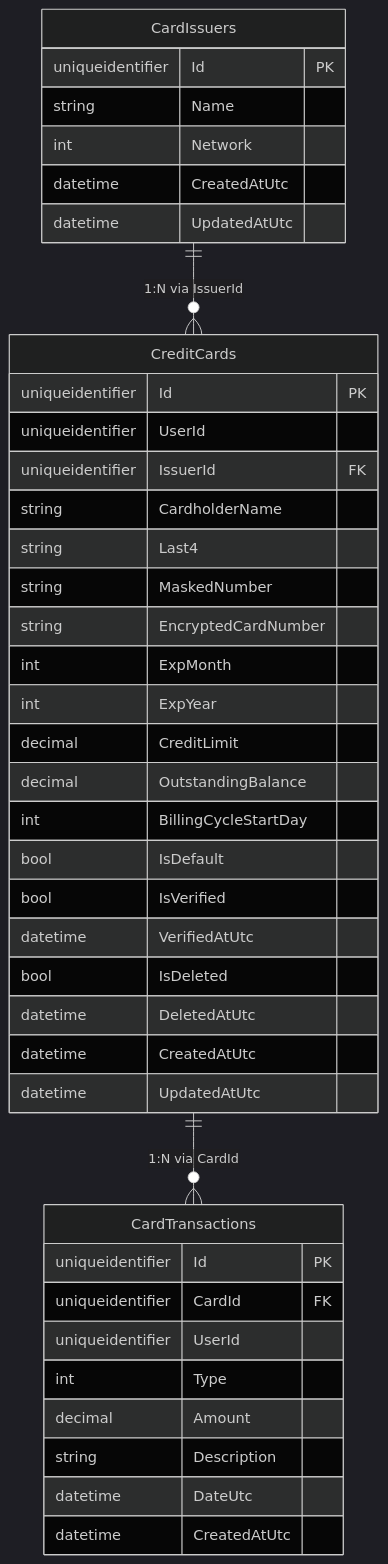
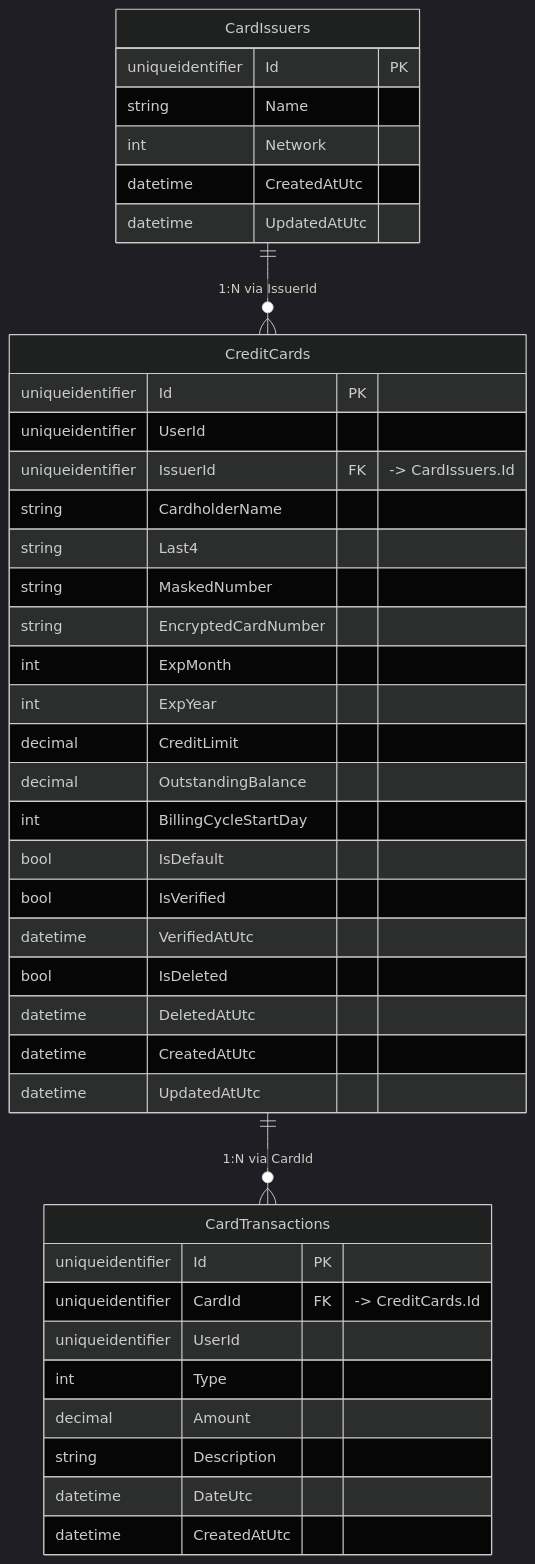
The third of 6 diagrams in src/docs/DB-FOREIGN-KEY-ARCHITECTURE.md (TirtharajBarma/cred-vault), drawn with Mermaid (dark theme) before and after one commit. The commit also changed other lines of this file and 26 other files, not shown here.

````diff
--- a/src/docs/DB-FOREIGN-KEY-ARCHITECTURE.md
+++ b/src/docs/DB-FOREIGN-KEY-ARCHITECTURE.md
@@ -168,46 +204,46 @@
 ```mermaid
 erDiagram
     CardIssuers {
         uniqueidentifier Id PK
         string Name
         int Network
         datetime CreatedAtUtc
         datetime UpdatedAtUtc
     }
 
     CreditCards {
         uniqueidentifier Id PK
         uniqueidentifier UserId
-        uniqueidentifier IssuerId FK
+        uniqueidentifier IssuerId FK "-> CardIssuers.Id"
         string CardholderName
         string Last4
         string MaskedNumber
         string EncryptedCardNumber
         int ExpMonth
         int ExpYear
         decimal CreditLimit
         decimal OutstandingBalance
         int BillingCycleStartDay
         bool IsDefault
         bool IsVerified
         datetime VerifiedAtUtc
         bool IsDeleted
         datetime DeletedAtUtc
         datetime CreatedAtUtc
         datetime UpdatedAtUtc
     }
 
     CardTransactions {
         uniqueidentifier Id PK
-        uniqueidentifier CardId FK
+        uniqueidentifier CardId FK "-> CreditCards.Id"
         uniqueidentifier UserId
         int Type
         decimal Amount
         string Description
         datetime DateUtc
         datetime CreatedAtUtc
     }
 
     CardIssuers ||--o{ CreditCards : "1:N via IssuerId"
     CreditCards ||--o{ CardTransactions : "1:N via CardId"
 ```
````
